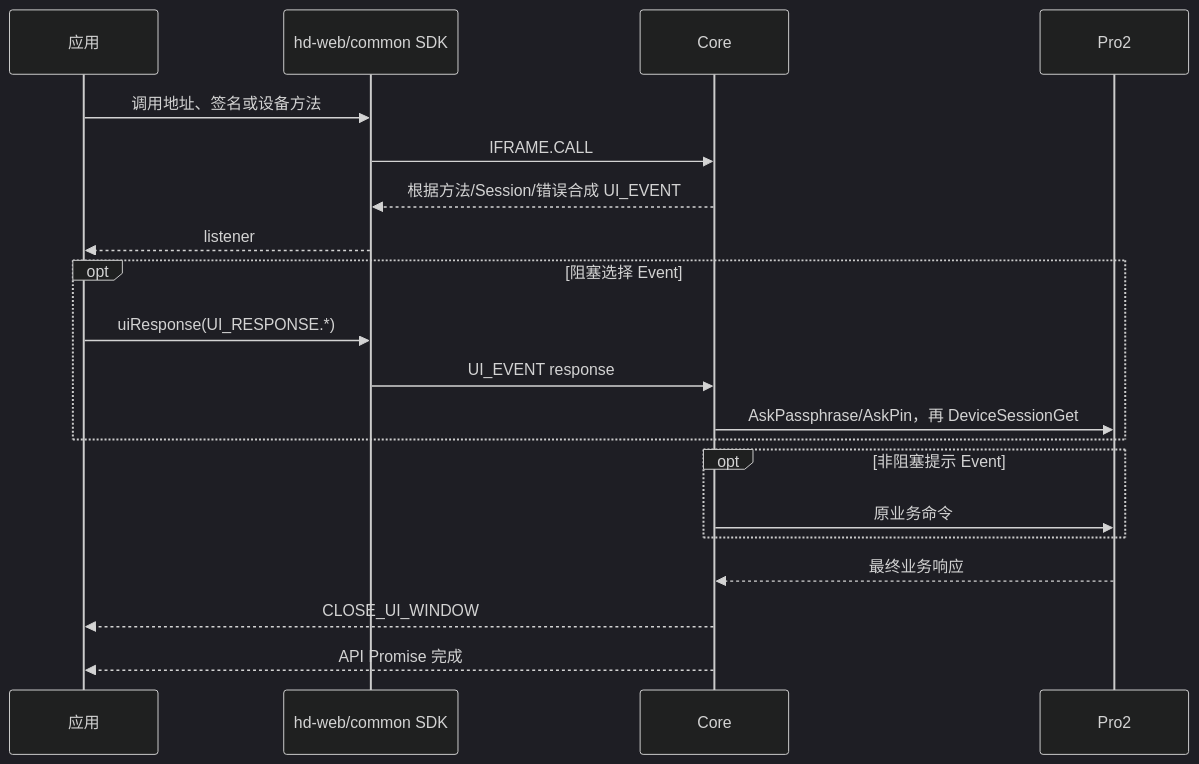
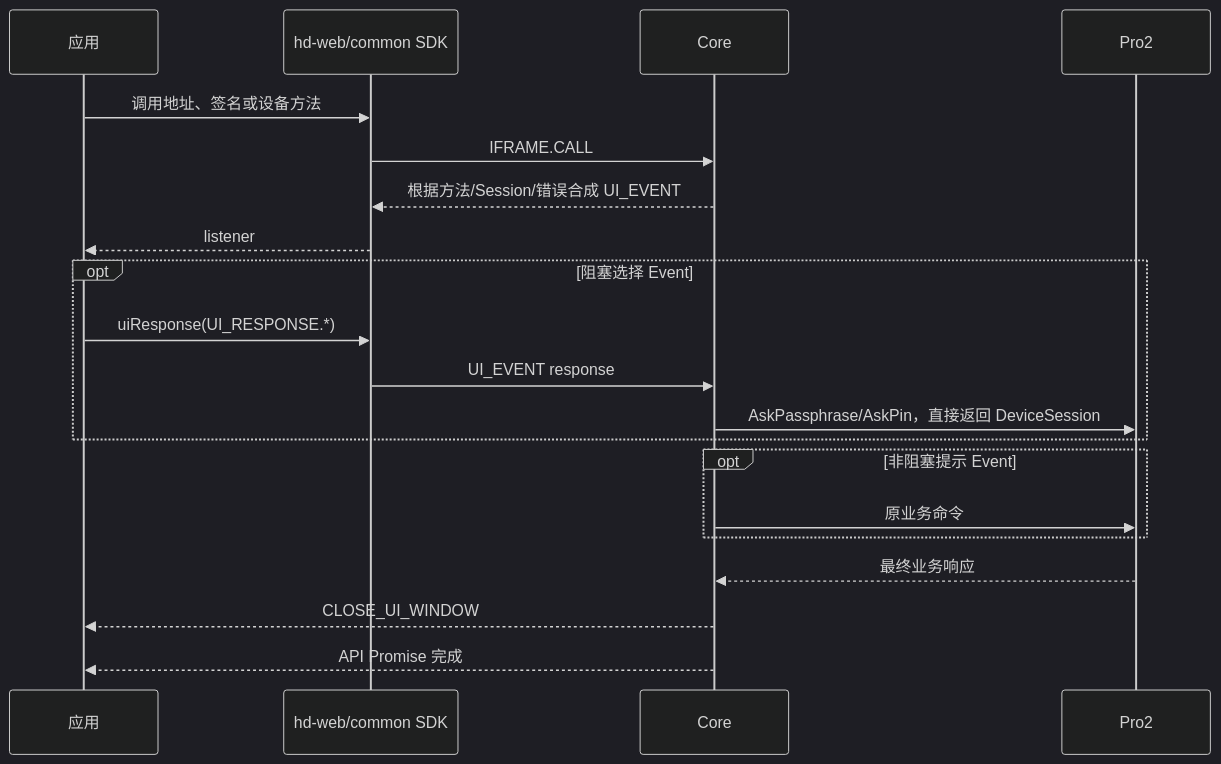
Before and after one commit to OneKeyHQ/hardware-js-sdk: the second of 2 diagrams in docs/sdk/events.md, drawn with Mermaid (dark theme). The commit also changed other lines of this file and 35 other files, not shown here.

````diff
--- a/docs/sdk/events.md
+++ b/docs/sdk/events.md
@@ -114,23 +114,23 @@
 ```mermaid
 sequenceDiagram
   participant App as 应用
   participant SDK as hd-web/common SDK
   participant Core
   participant Device as Pro2
 
   App->>SDK: 调用地址、签名或设备方法
   SDK->>Core: IFRAME.CALL
   Core-->>SDK: 根据方法/Session/错误合成 UI_EVENT
   SDK-->>App: listener
   opt 阻塞选择 Event
     App->>SDK: uiResponse(UI_RESPONSE.*)
     SDK->>Core: UI_EVENT response
-    Core->>Device: AskPassphrase/AskPin，再 DeviceSessionGet
+    Core->>Device: AskPassphrase/AskPin，直接返回 DeviceSession
   end
   opt 非阻塞提示 Event
     Core->>Device: 原业务命令
   end
   Device-->>Core: 最终业务响应
   Core-->>App: CLOSE_UI_WINDOW
   Core-->>App: API Promise 完成
 ```
````
